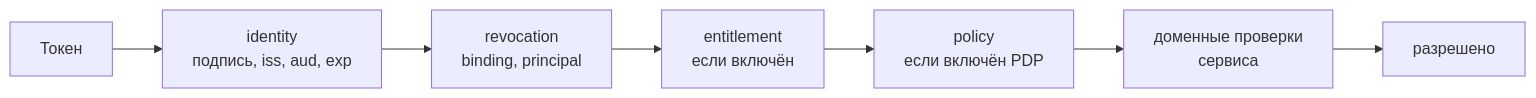
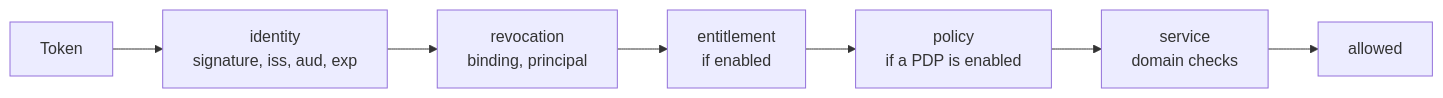
One commit to monthu56/taimen changed the first of 2 diagrams in guide/docs/overview/security-model.md. Above: the diagram before and after it, drawn with Mermaid. The commit also changed other lines of this file and 183 other files, not shown here.

````diff
--- a/guide/docs/overview/security-model.md
+++ b/guide/docs/overview/security-model.md
@@ -26,9 +28,9 @@
 ```mermaid
 flowchart LR
-    T[Токен] --> I[identity<br/>подпись, iss, aud, exp]
-    I --> R[revocation<br/>binding, principal]
-    R --> E[entitlement<br/>если включён]
-    E --> P[policy<br/>если включён PDP]
-    P --> D[доменные проверки<br/>сервиса]
-    D --> OK[разрешено]
+    T[Token] --> I["identity<br/>signature, iss, aud, exp"]
+    I --> R["revocation<br/>binding, principal"]
+    R --> E[entitlement<br/>if enabled]
+    E --> P[policy<br/>if a PDP is enabled]
+    P --> D[service<br/>domain checks]
+    D --> OK[allowed]
 ```
````
